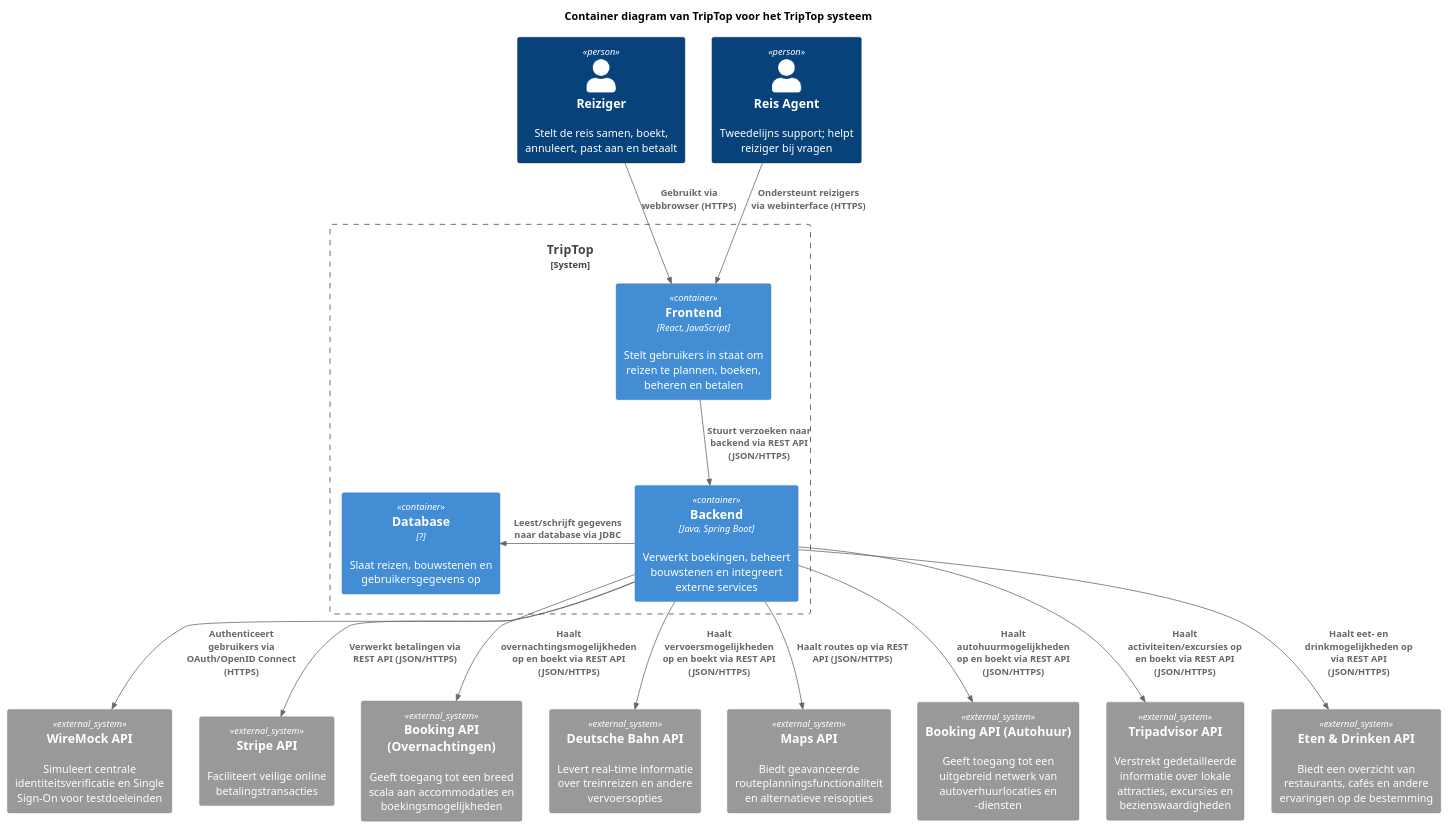
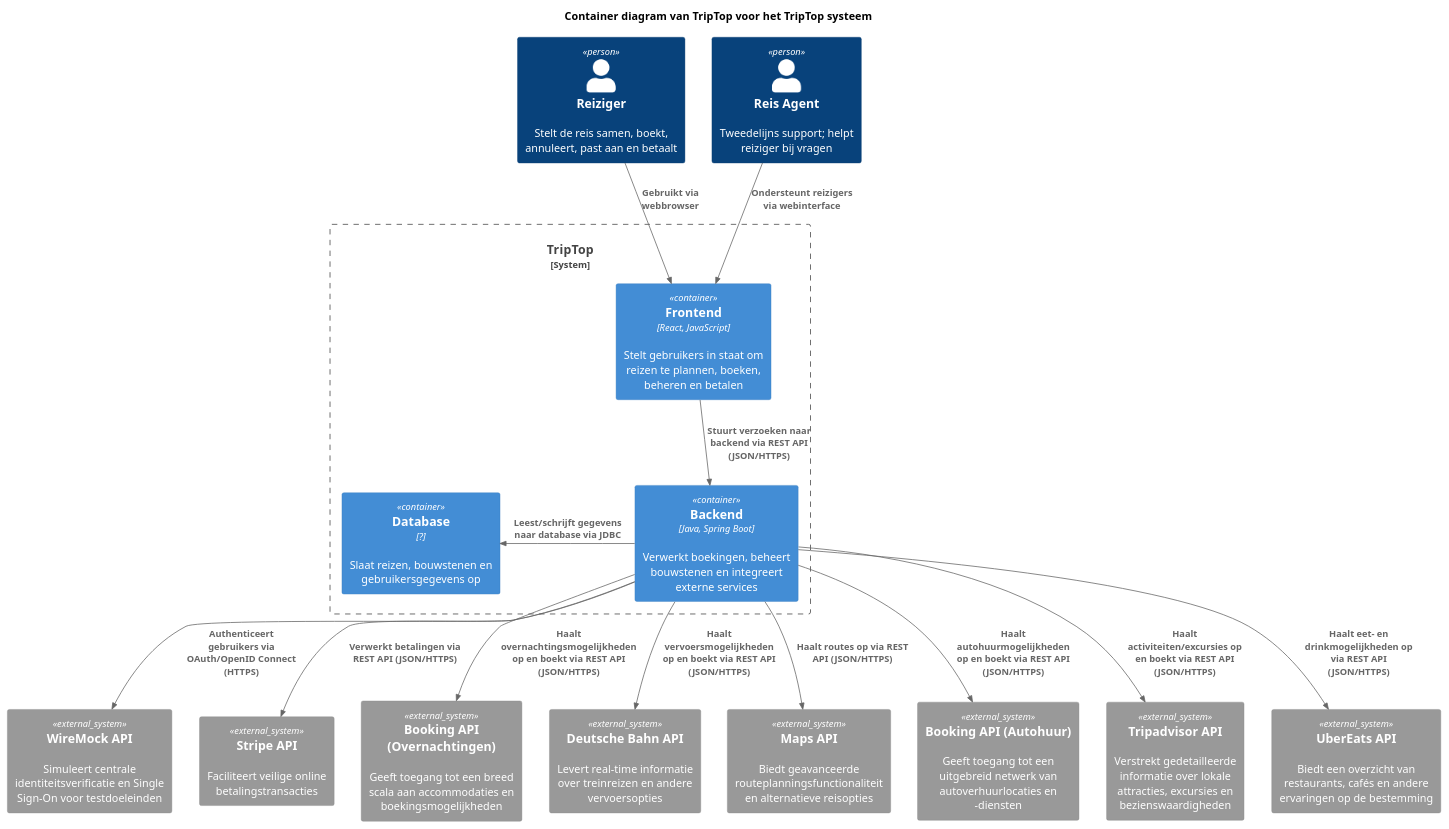
One commit to AIM-ENE-feb25/triptop-asas changed the diagram in software-guidebook/container-diagrammen/container-simme.puml. Above: the diagram before and after it, drawn with PlantUML.

Commit message:
Fixed according to meeting

```diff
--- a/software-guidebook/container-diagrammen/container-simme.puml
+++ b/software-guidebook/container-diagrammen/container-simme.puml
@@ -1,42 +1,42 @@
 @startuml
 !include https://raw.githubusercontent.com/plantuml-stdlib/C4-PlantUML/master/C4_Container.puml
 
 title Container diagram van TripTop voor het TripTop systeem
 
 Person(reiziger, "Reiziger", "Stelt de reis samen, boekt, annuleert, past aan en betaalt")
 Person(ondersteuner, "Reis Agent", "Tweedelijns support; helpt reiziger bij vragen")
 
 System_Boundary(triptop, "TripTop") {
     Container(frontend, "Frontend", "React, JavaScript", "Stelt gebruikers in staat om reizen te plannen, boeken, beheren en betalen")
     Container(backend, "Backend", "Java, Spring Boot", "Verwerkt boekingen, beheert bouwstenen en integreert externe services")
     Container(database, "Database", "?", "Slaat reizen, bouwstenen en gebruikersgegevens op")
 }
 
 System_Ext(identity_provider, "WireMock API", "Simuleert centrale identiteitsverificatie en Single Sign-On voor testdoeleinden")
 System_Ext(payment_provider, "Stripe API", "Faciliteert veilige online betalingstransacties")
 System_Ext(overnachting_services, "Booking API (Overnachtingen)", "Geeft toegang tot een breed scala aan accommodaties en boekingsmogelijkheden")
 System_Ext(vervoer_services, "Deutsche Bahn API", "Levert real-time informatie over treinreizen en andere vervoersopties")
 System_Ext(routeplanner_service, "Maps API", "Biedt geavanceerde routeplanningsfunctionaliteit en alternatieve reisopties")
 System_Ext(autohuur_services, "Booking API (Autohuur)", "Geeft toegang tot een uitgebreid netwerk van autoverhuurlocaties en -diensten")
 System_Ext(activiteiten_services, "Tripadvisor API", "Verstrekt gedetailleerde informatie over lokale attracties, excursies en bezienswaardigheden")
-System_Ext(eten_services, "Eten & Drinken API", "Biedt een overzicht van restaurants, cafés en andere ervaringen op de bestemming")
+System_Ext(eten_services, "UberEats API", "Biedt een overzicht van restaurants, cafés en andere ervaringen op de bestemming")
 
 ' Relaties gebruiker naar containers
-Rel(reiziger, frontend, "Gebruikt via webbrowser (HTTPS)")
-Rel(ondersteuner, frontend, "Ondersteunt reizigers via webinterface (HTTPS)")
+Rel(reiziger, frontend, "Gebruikt via webbrowser")
+Rel(ondersteuner, frontend, "Ondersteunt reizigers via webinterface")
 
 ' Relaties tussen containers binnen TripTop
 Rel(frontend, backend, "Stuurt verzoeken naar backend via REST API (JSON/HTTPS)")
 Rel_L(backend, database, "Leest/schrijft gegevens naar database via JDBC")
 
 ' Relaties backend naar externe systemen
 Rel(backend, identity_provider, "Authenticeert gebruikers via OAuth/OpenID Connect (HTTPS)")
 Rel(backend, payment_provider, "Verwerkt betalingen via REST API (JSON/HTTPS)")
 
 Rel(backend, overnachting_services, "Haalt overnachtingsmogelijkheden op en boekt via REST API (JSON/HTTPS)")
 Rel(backend, vervoer_services, "Haalt vervoersmogelijkheden op en boekt via REST API (JSON/HTTPS)")
 Rel(backend, routeplanner_service, "Haalt routes op via REST API (JSON/HTTPS)")
 Rel(backend, autohuur_services, "Haalt autohuurmogelijkheden op en boekt via REST API (JSON/HTTPS)")
 Rel(backend, activiteiten_services, "Haalt activiteiten/excursies op en boekt via REST API (JSON/HTTPS)")
 Rel(backend, eten_services, "Haalt eet- en drinkmogelijkheden op via REST API (JSON/HTTPS)")
 @enduml
```
